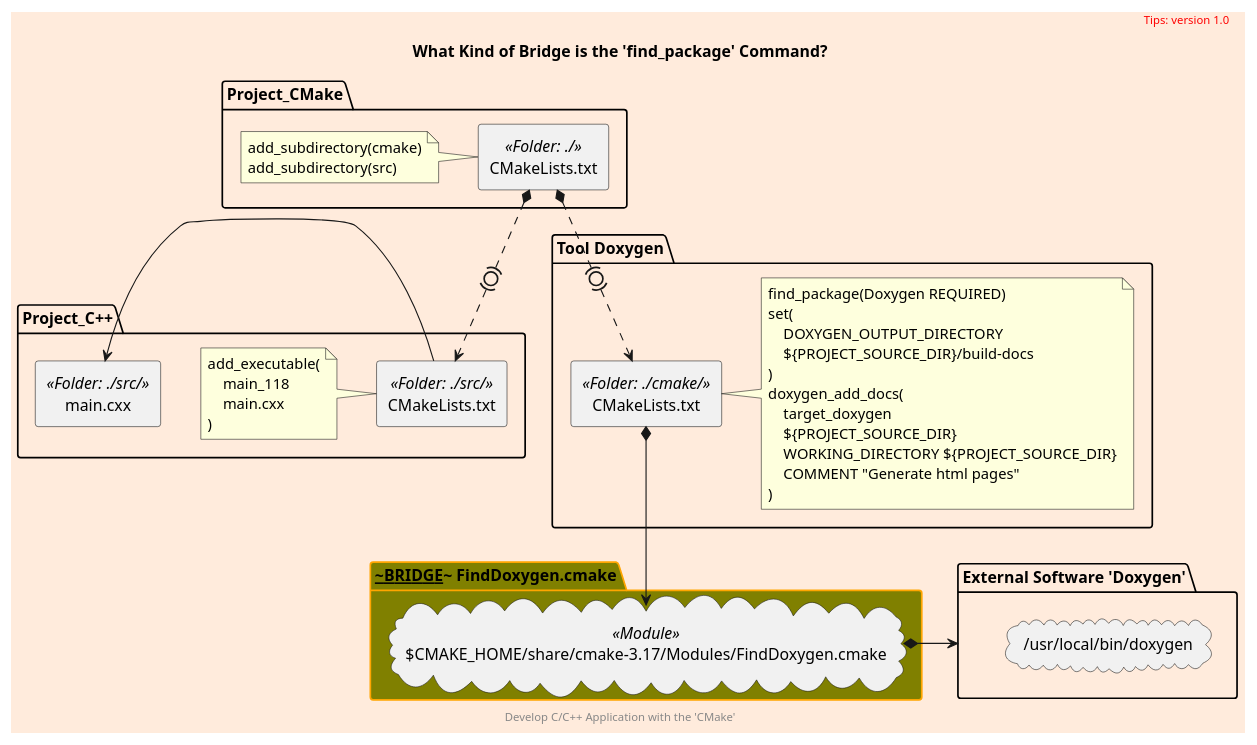
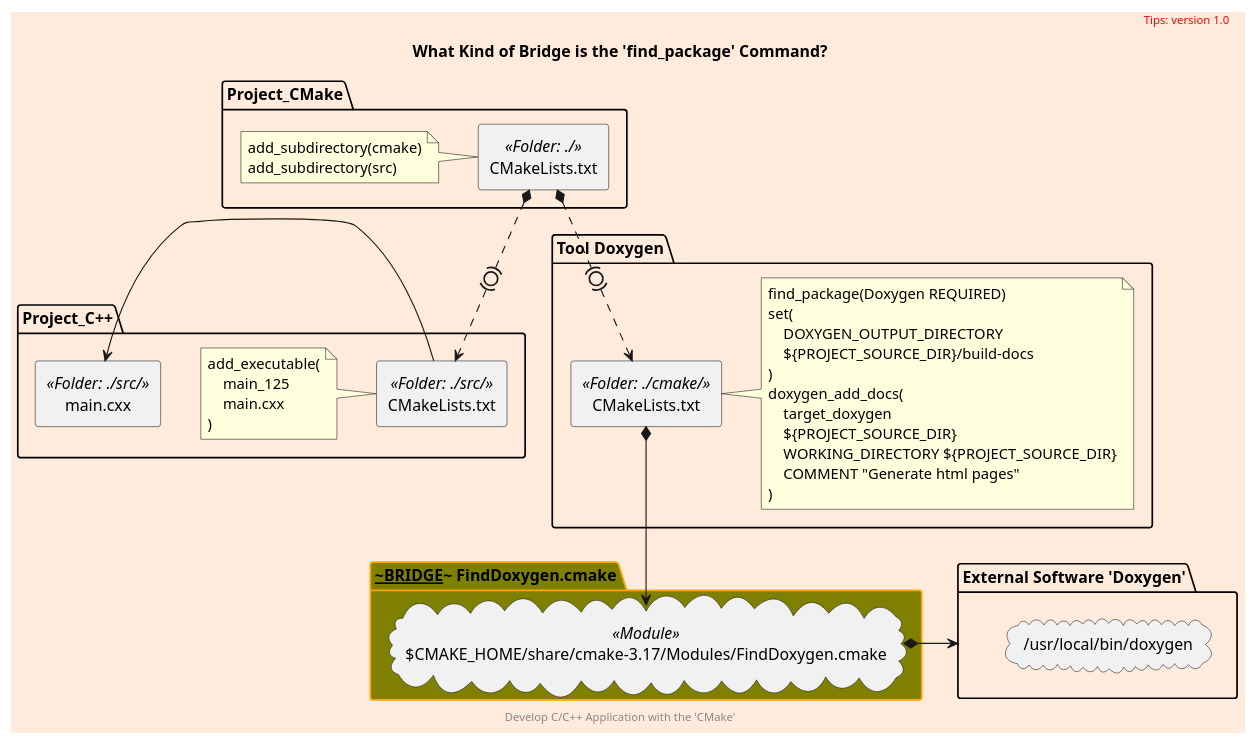
One commit to cnruby/w3h1_cmake changed the diagram in docs/what-process.puml. Above: the diagram before and after it, drawn with PlantUML. The commit also changed 19 other files, not shown here.

```diff
--- a/docs/what-process.puml
+++ b/docs/what-process.puml
@@ -1,80 +1,80 @@
 @startuml
 scale 700 width
 skinparam backgroundColor #FFEBDC
 scale 1
 
 skinparam Folder {
   backgroundColor Olive
   borderColor orange
 }
 
 package Project_CMake as project_cmake {
     rectangle CMakeLists.txt <<Folder: ./>> as begin
 
     note left of begin
         add_subdirectory(cmake)
         add_subdirectory(src)
     endnote
 }
 
 
 package Project_C++ as project {
     rectangle main.cxx <<Folder: ./src/>> as main
     rectangle CMakeLists.txt <<Folder: ./src/>> as src_list
 
     note left of src_list
         add_executable(
-            main_118
+            main_125
             main.cxx
         )
     endnote
 }
 
 package "Tool Doxygen" as Doxygen {
     rectangle CMakeLists.txt <<Folder: ./cmake/>> as cmake_list
 
     note right of cmake_list
         find_package(Doxygen REQUIRED)
         set(
             DOXYGEN_OUTPUT_DIRECTORY
             ${PROJECT_SOURCE_DIR}/build-docs
         )
         doxygen_add_docs(
             target_doxygen
             ${PROJECT_SOURCE_DIR}
             WORKING_DIRECTORY ${PROJECT_SOURCE_DIR}
             COMMENT "Generate html pages"
         )
     endnote
 }
 
 Folder "~~~BRIDGE~~~ FindDoxygen.cmake" {
     'CMAKE_HOME=/Applications/CMake.app/Contents/
     cloud "$CMAKE_HOME/share/cmake-3.17/Modules/FindDoxygen.cmake" <<Module>> as find_doxygen
 }
 
 package "External Software 'Doxygen'" as doxygen {
     cloud "/usr/local/bin/doxygen"
 }
 
 
 begin *.(0).> src_list
 begin *.(0).> cmake_list
 src_list -left-> main
 
 
 cmake_list *--> find_doxygen
 find_doxygen *-right-> doxygen
 
 
 title
     What Kind of Bridge is the 'find_package' Command?
 end title
 
 header
 <font color=red>Tips: version 1.0</font>
 endheader
 
 center footer Develop C/C++ Application with the 'CMake'
 
 @enduml
```
